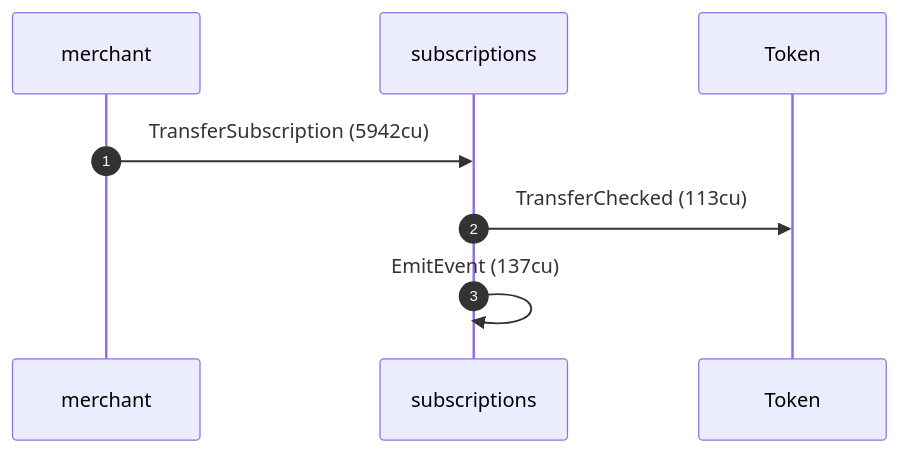
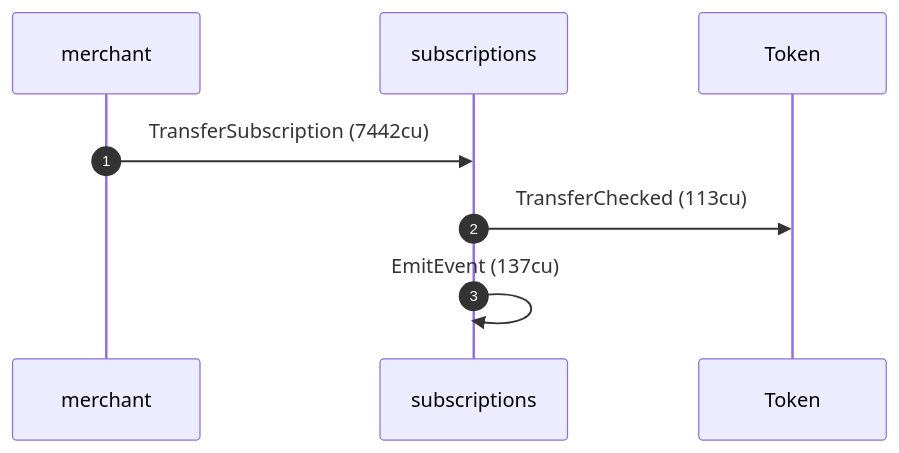
Before and after one commit to cds-rs/subscriptions: the ninth of 12 diagrams in dsl_tests/transfer-subscription--a-merchant-pulls.md, drawn with Mermaid. The commit also changed other lines of this file and 224 other files, not shown here.

````diff
--- a/dsl_tests/transfer-subscription--a-merchant-pulls.md
+++ b/dsl_tests/transfer-subscription--a-merchant-pulls.md
@@ -178,10 +187,10 @@
 ```mermaid
 sequenceDiagram
     autonumber
     participant merchant
     participant subscriptions
     participant Token
-    merchant ->> subscriptions: TransferSubscription (5942cu)
+    merchant ->> subscriptions: TransferSubscription (7442cu)
     subscriptions ->> Token: TransferChecked (113cu)
     subscriptions ->> subscriptions: EmitEvent (137cu)
 ```
````
